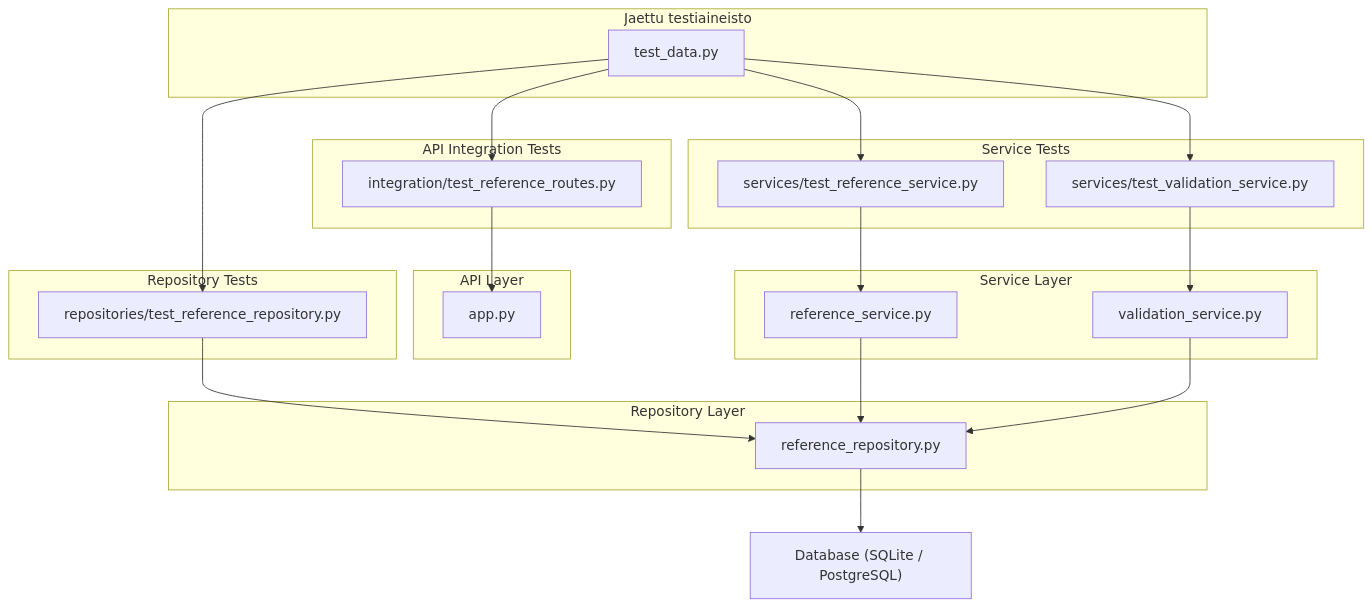
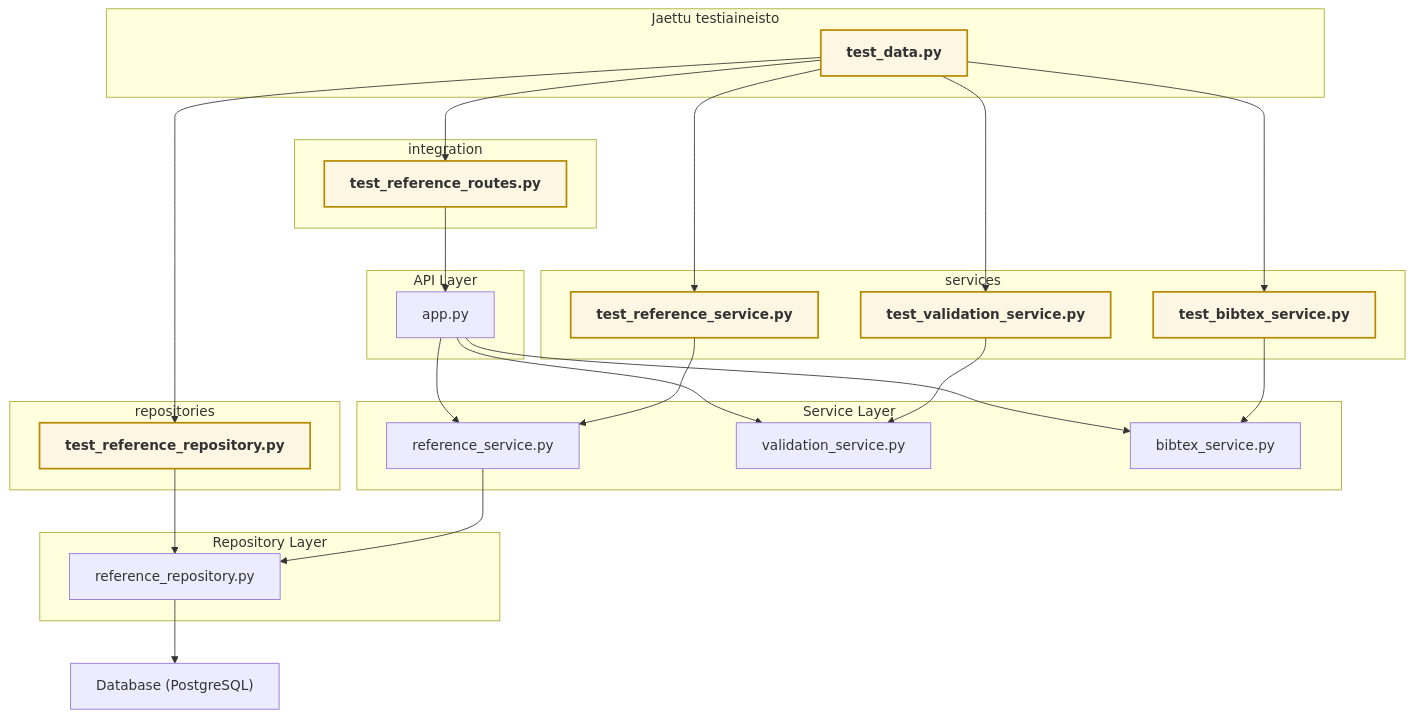
One commit to kortekoski/ohtuminiprojekti changed the fourth of 4 diagrams in documentation/README_architecture.md. Above: the diagram before and after it, drawn with Mermaid. The commit also changed other lines of this file and 3 other files, not shown here.

Commit message:
Move bibtex_generation to new service

`````diff
--- a/documentation/README_architecture.md
+++ b/documentation/README_architecture.md
@@ -95,64 +104,69 @@
 ````mermaid
 flowchart TB
 
     %% === APPLICATION LAYERS ===
     subgraph API["API Layer"]
         APP["app.py"]
     end
 
     subgraph SERVICE["Service Layer"]
         RS["reference_service.py"]
         VS["validation_service.py"]
+        BS["bibtex_service.py"]
     end
 
     subgraph REPO["Repository Layer"]
         RR["reference_repository.py"]
     end
 
-
-    DB["Database (SQLite / PostgreSQL)"]
+    DB["Database (PostgreSQL)"]
 
 
-    %% === TEST LAYERS (mirroring app structure) ===
-    subgraph TAPI["API Integration Tests"]
-        T_ROUTE["integration/test_reference_routes.py"]
+    %% === TEST LAYERS (mirroring app hierarchy) ===
+    subgraph TAPI["integration"]
+        T_ROUTE["test_reference_routes.py"]:::testnode
     end
 
-    subgraph TSERVICE["Service Tests"]
-        T_RS["services/test_reference_service.py"]
-        T_VS["services/test_validation_service.py"]
+    subgraph TSERVICE["services"]
+        T_RS["test_reference_service.py"]:::testnode
+        T_VS["test_validation_service.py"]:::testnode
+        T_BS["test_bibtex_service.py"]:::testnode
     end
 
-    subgraph TREPO["Repository Tests"]
-        T_REPO["repositories/test_reference_repository.py"]
+    subgraph TREPO["repositories"]
+        T_REPO["test_reference_repository.py"]:::testnode
     end
 
     subgraph TDATA["Jaettu testiaineisto"]
-        TD["test_data.py"]
+        TD["test_data.py"]:::testnode
     end
 
 
-    %% === MAPPINGS: Tests → Code ===
-    %% API tests call app.py (routes)
+    %% === TEST → CODE MAPPINGS ===
     T_ROUTE --> APP
 
-    %% Service tests target service layer
+    %% === APPLICATION DEPENDENCIES ===
+    APP --> RS
+    APP --> VS
+    APP --> BS
+
     T_RS --> RS
     T_VS --> VS
+    T_BS --> BS
 
-    %% Repository test targets repository layer
     T_REPO --> RR
 
-    %% Shared test data is used by all tests
     TD --> T_ROUTE
     TD --> T_RS
     TD --> T_VS
+    TD --> T_BS
     TD --> T_REPO
 
-    %% Application dependencies
     RS --> RR
-    VS --> RR
     RR --> DB
 
 
+    %% === CUSTOM STYLE FOR TEST NODES ===
+    classDef testnode fill:#fdf6e3,stroke:#b58900,stroke-width:2px,color:#333,font-weight:bold;
+
 ````
`````
